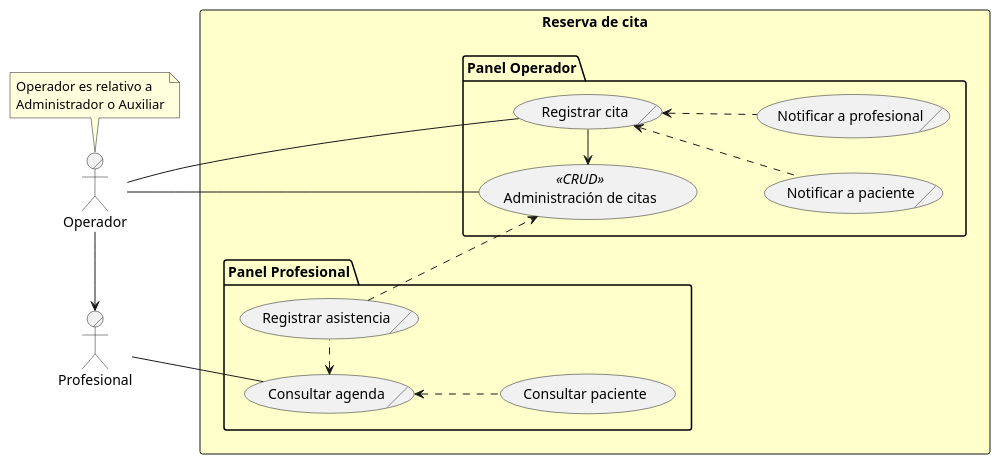
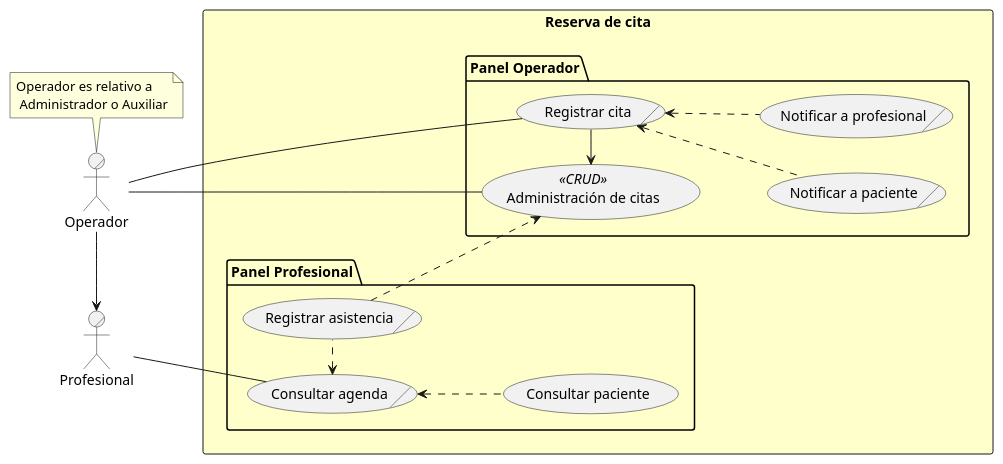
Before and after one commit to capsi-ucp/capsi-ucp.github.io: the diagram in ROOT/modules/proyecto/puml/citas-business-usecase.puml, drawn with PlantUML.

Commit message:
Caso de uso de lógica de negocio para la reserva de citas

```diff
--- a/ROOT/modules/proyecto/puml/citas-business-usecase.puml
+++ b/ROOT/modules/proyecto/puml/citas-business-usecase.puml
@@ -1,30 +1,30 @@
 @startuml
 left to right direction
 actor/ Operador
 actor/ Profesional
-note "Operador es relativo a\nAdministrador o Auxiliar" as Nota
+note "Operador es relativo a \n Administrador o Auxiliar" as Nota
 rectangle "Reserva de cita" #BUSINESS {
   package "Panel Operador" {
     usecase "Administración de citas" as AdminCitas << CRUD >>
     usecase/ "Registrar cita" as Citar
     usecase/ "Notificar a paciente" as NotificarPaciente
     usecase/ "Notificar a profesional" as NotificarProfesional
   }
   package "Panel Profesional" {
     usecase/ "Consultar agenda" as Agenda
     usecase "Consultar paciente" as ConsultarPaciente
     usecase/ "Registrar asistencia" as Asistencia
   }
 }
 Operador -- AdminCitas
 Operador -- Citar
 Profesional -- Agenda
 Nota -> Operador
 Operador -> Profesional
 Citar -> AdminCitas
 Citar <.. NotificarPaciente
 Citar <.. NotificarProfesional
 Agenda <.. ConsultarPaciente
 Agenda <. Asistencia
 Asistencia -.> AdminCitas
 @enduml
```
